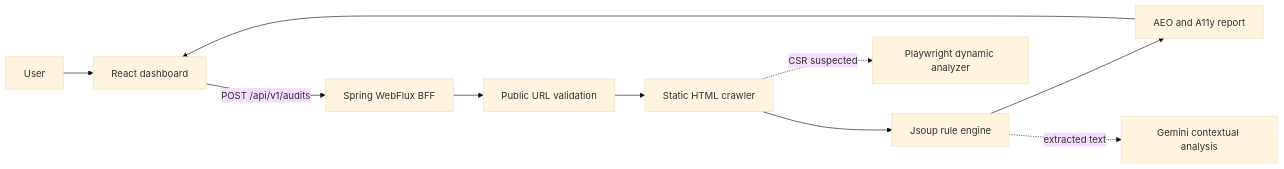
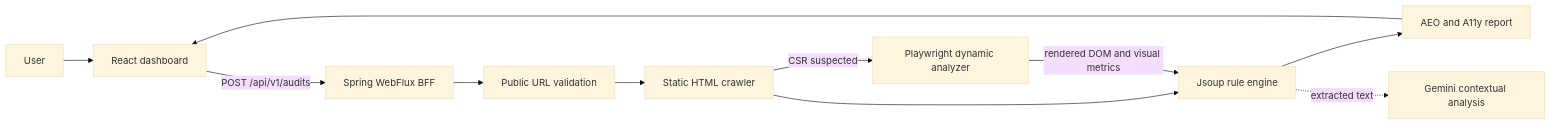
One commit to hoyeol0513/AEOLens changed the diagram in docs/architecture.md. Above: the diagram before and after it, drawn with Mermaid (base theme). The commit also changed other lines of this file and 10 other files, not shown here.

Commit message:
feat: add Playwright dynamic audit analysis

````diff
--- a/docs/architecture.md
+++ b/docs/architecture.md
@@ -16,12 +16,13 @@
 ```mermaid
 flowchart LR
     U[User] --> F[React dashboard]
     F -->|POST /api/v1/audits| B[Spring WebFlux BFF]
     B --> V[Public URL validation]
     V --> C[Static HTML crawler]
     C --> J[Jsoup rule engine]
     J --> R[AEO and A11y report]
     R --> F
-    C -. CSR suspected .-> P[Playwright dynamic analyzer]
+    C -->|CSR suspected| P[Playwright dynamic analyzer]
+    P -->|rendered DOM and visual metrics| J
     J -. extracted text .-> G[Gemini contextual analysis]
 ```
````
